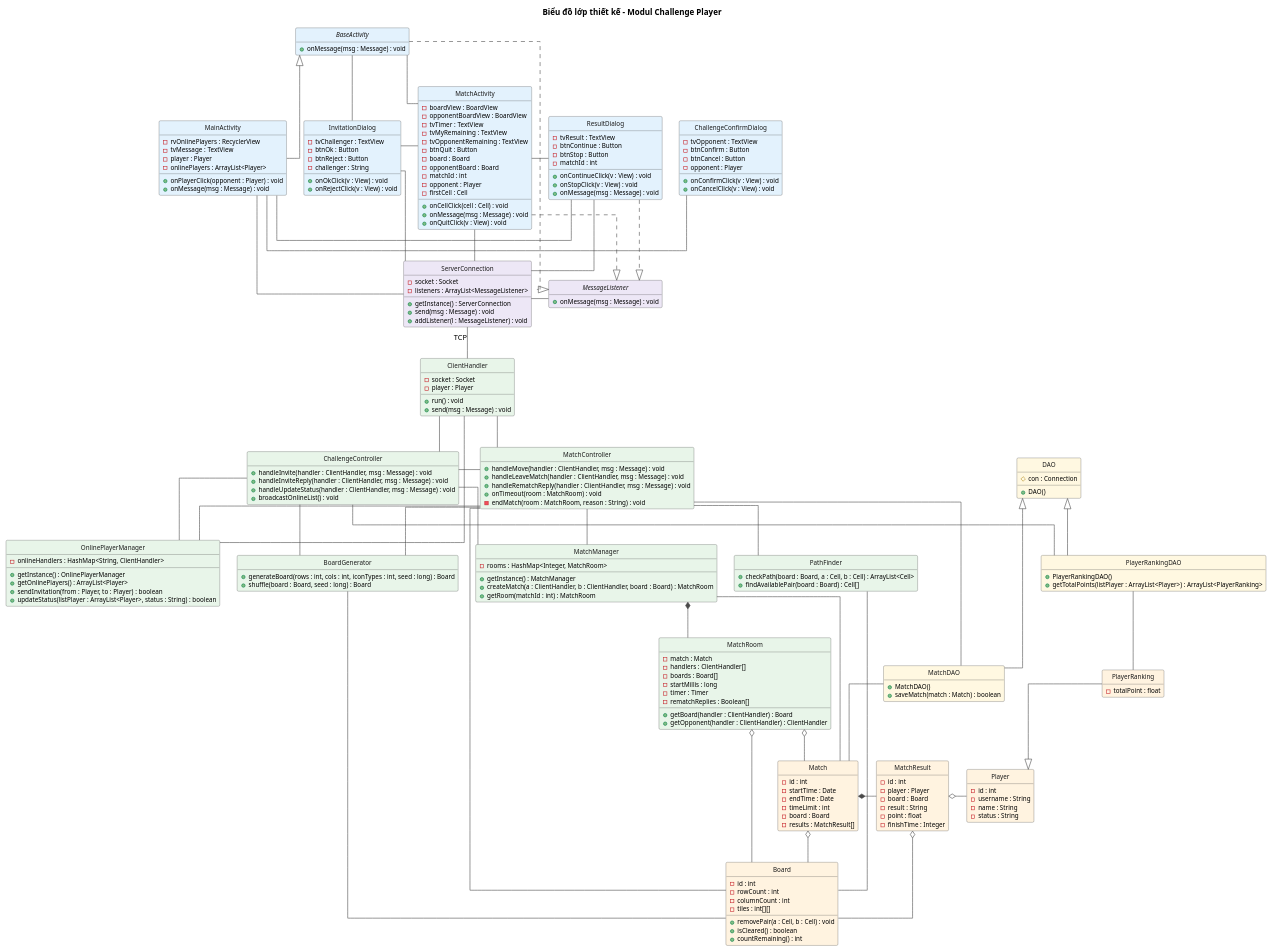
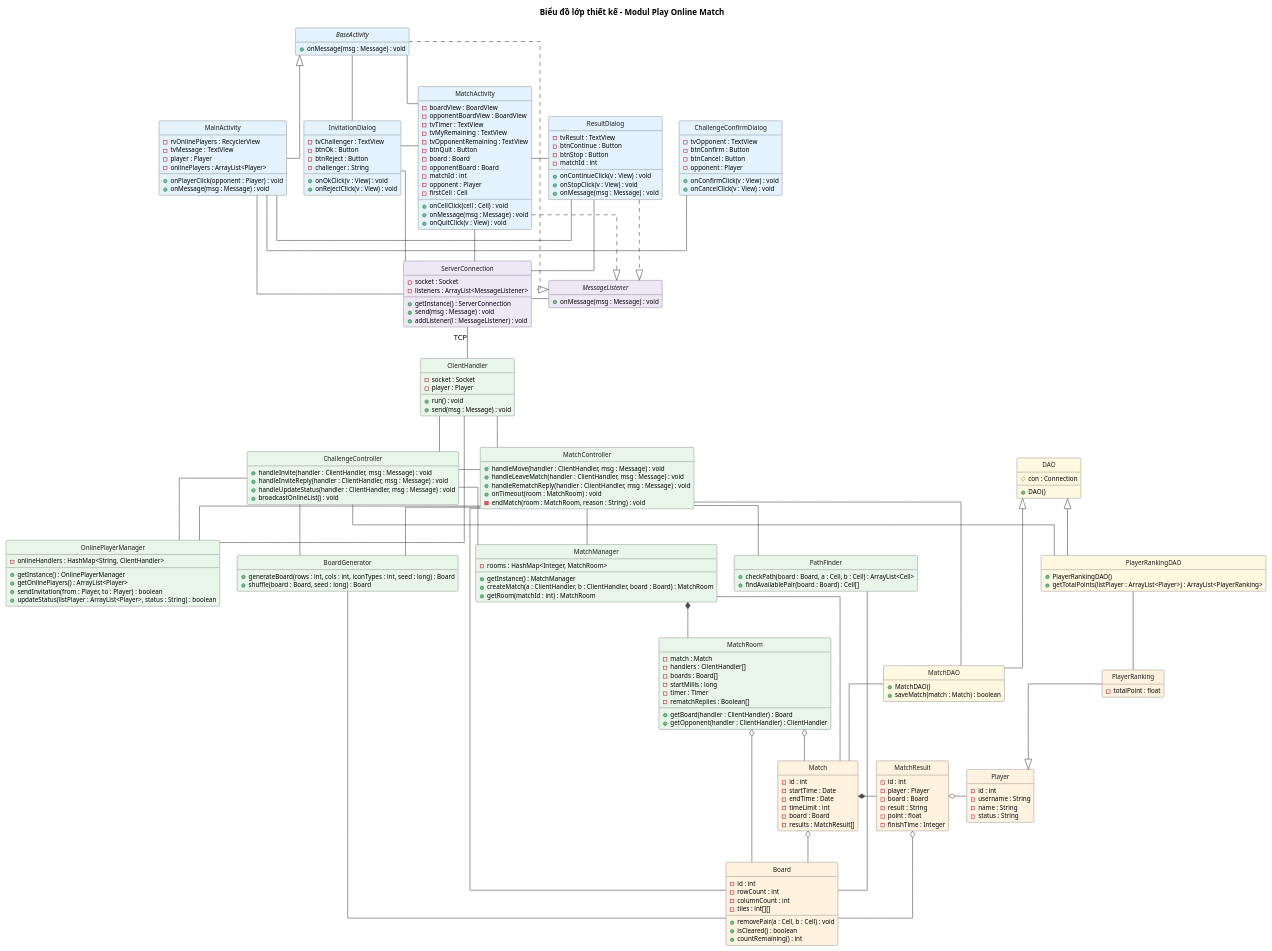
One commit to VattenL/mobile-pikachu changed the diagram in docs/uml/pha3/class-design-m3.puml. Above: the diagram before and after it, drawn with PlantUML. The commit also changed 46 other files, not shown here.

```diff
--- a/docs/uml/pha3/class-design-m3.puml
+++ b/docs/uml/pha3/class-design-m3.puml
@@ -1,5 +1,5 @@
 @startuml class-design-m3
-title Biểu đồ lớp thiết kế - Modul Challenge Player
+title Biểu đồ lớp thiết kế - Modul Play Online Match
 
 hide circle
 hide empty members
```
